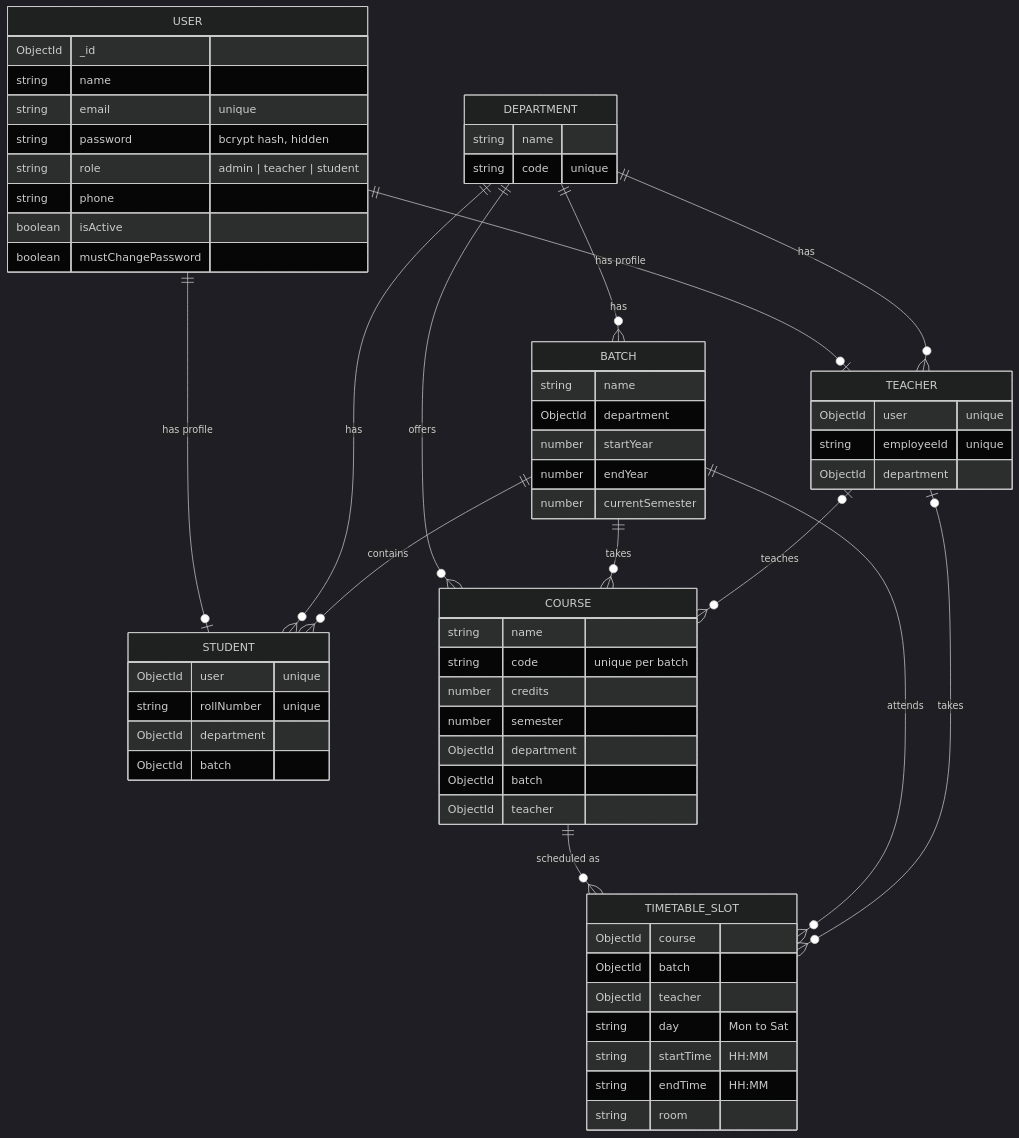
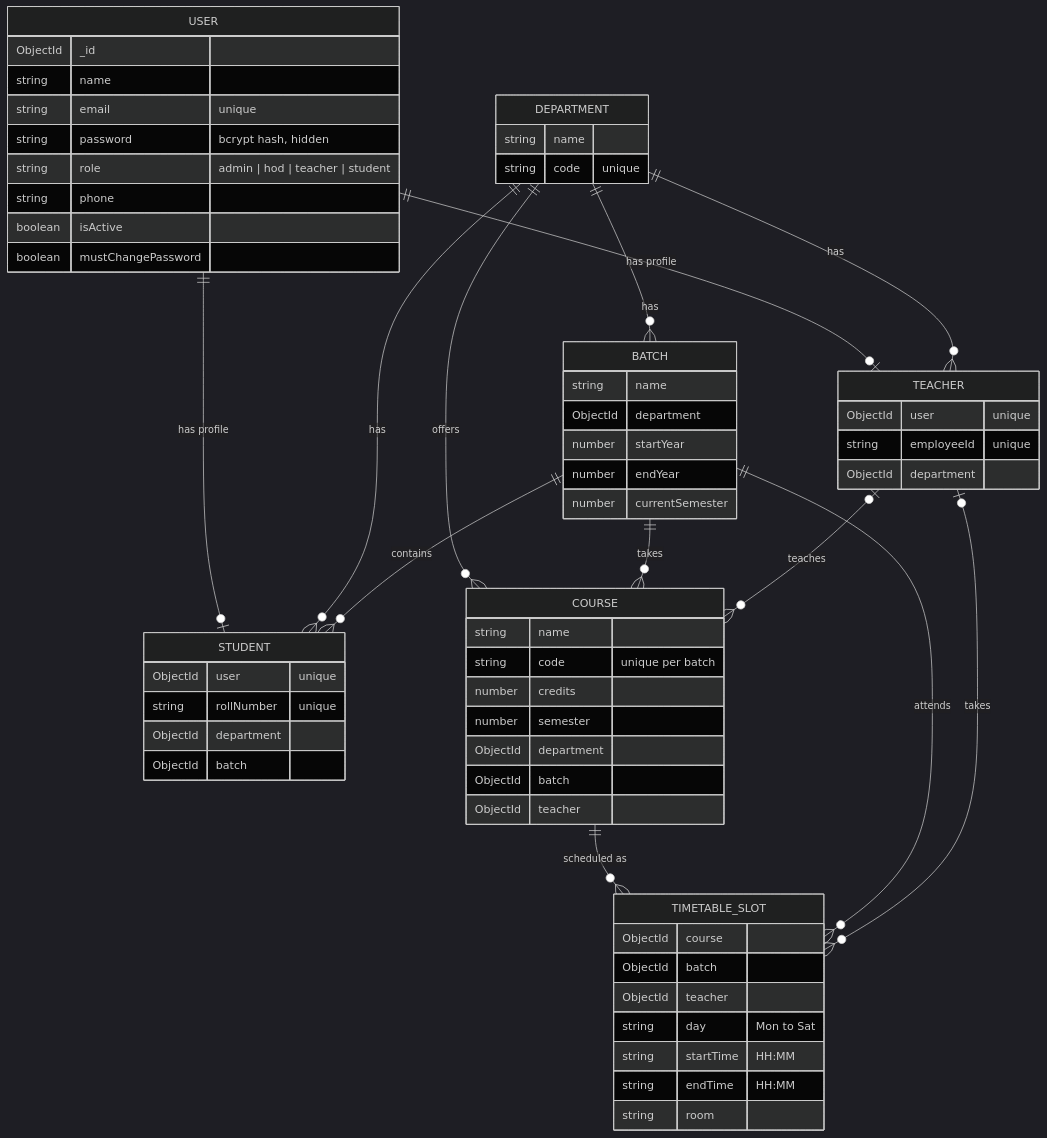
One commit to ArchieTyagi/Nexus_Campus changed the first of 5 diagrams in docs/LLD.md. Above: the diagram before and after it, drawn with Mermaid (dark theme). The commit also changed 10 other files, not shown here.

Commit message:
Add HOD role with department level access

````diff
--- a/docs/LLD.md
+++ b/docs/LLD.md
@@ -11,66 +11,66 @@
 ```mermaid
 erDiagram
     USER ||--o| STUDENT : "has profile"
     USER ||--o| TEACHER : "has profile"
     DEPARTMENT ||--o{ BATCH : has
     DEPARTMENT ||--o{ STUDENT : has
     DEPARTMENT ||--o{ TEACHER : has
     DEPARTMENT ||--o{ COURSE : offers
     BATCH ||--o{ STUDENT : contains
     BATCH ||--o{ COURSE : takes
     TEACHER |o--o{ COURSE : teaches
     COURSE ||--o{ TIMETABLE_SLOT : "scheduled as"
     BATCH ||--o{ TIMETABLE_SLOT : attends
     TEACHER |o--o{ TIMETABLE_SLOT : takes
 
     USER {
         ObjectId _id
         string name
         string email "unique"
         string password "bcrypt hash, hidden"
-        string role "admin | teacher | student"
+        string role "admin | hod | teacher | student"
         string phone
         boolean isActive
         boolean mustChangePassword
     }
     STUDENT {
         ObjectId user "unique"
         string rollNumber "unique"
         ObjectId department
         ObjectId batch
     }
     TEACHER {
         ObjectId user "unique"
         string employeeId "unique"
         ObjectId department
     }
     DEPARTMENT {
         string name
         string code "unique"
     }
     BATCH {
         string name
         ObjectId department
         number startYear
         number endYear
         number currentSemester
     }
     COURSE {
         string name
         string code "unique per batch"
         number credits
         number semester
         ObjectId department
         ObjectId batch
         ObjectId teacher
     }
     TIMETABLE_SLOT {
         ObjectId course
         ObjectId batch
         ObjectId teacher
         string day "Mon to Sat"
         string startTime "HH:MM"
         string endTime "HH:MM"
         string room
     }
 ```
````
